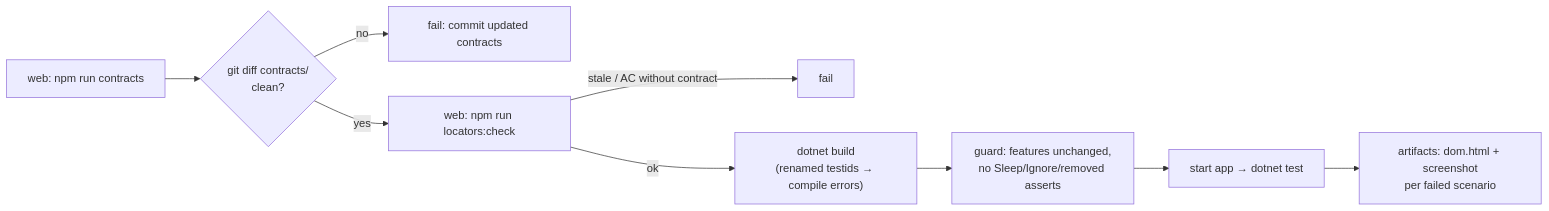
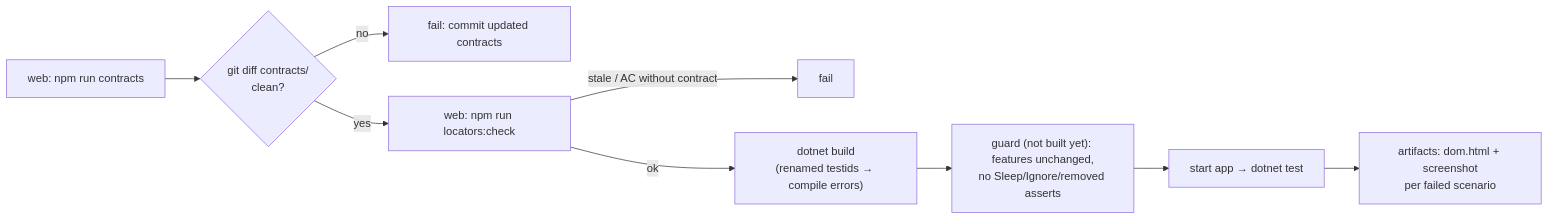
The fifth of 5 diagrams in sample/docs/contract-driven-bdd.md (allenzhong/ui-contract-bdd), drawn with Mermaid before and after one commit. The commit also changed other lines of this file and 12 other files, not shown here.

````diff
--- a/sample/docs/contract-driven-bdd.md
+++ b/sample/docs/contract-driven-bdd.md
@@ -190,11 +190,11 @@
 ```mermaid
 flowchart LR
   A["web: npm run contracts"] --> B{"git diff contracts/<br/>clean?"}
   B -- no --> B1["fail: commit updated contracts"]
   B -- yes --> C["web: npm run locators:check"]
   C -- stale / AC without contract --> C1["fail"]
   C -- ok --> D["dotnet build<br/>(renamed testids → compile errors)"]
-  D --> E["guard: features unchanged,<br/>no Sleep/Ignore/removed asserts"]
+  D --> E["guard (not built yet): features unchanged,<br/>no Sleep/Ignore/removed asserts"]
   E --> F["start app → dotnet test"]
   F --> G["artifacts: dom.html + screenshot<br/>per failed scenario"]
 ```
````
